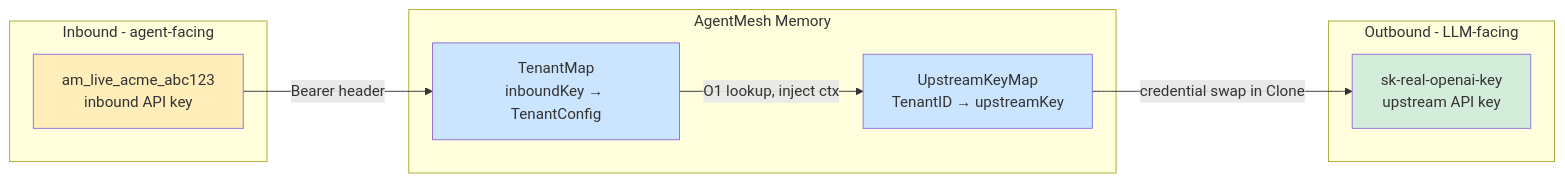
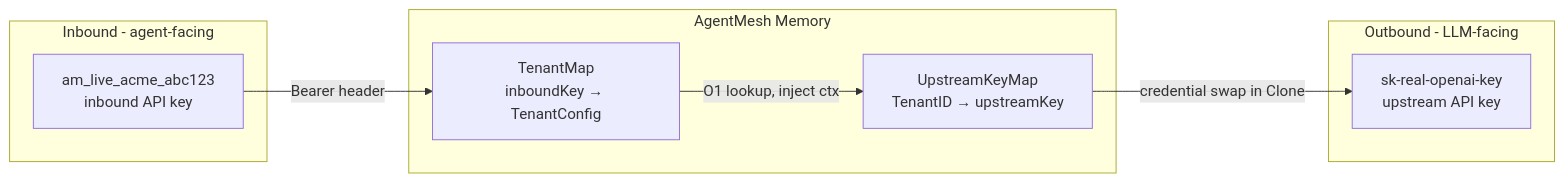
The fifth of 17 diagrams in docs/architecture.md (vigneshvn1995/agentmesh), drawn with Mermaid before and after one commit.

Commit message:
fix: remove custom style directives from 4.1 credential flow diagram

````diff
--- a/docs/architecture.md
+++ b/docs/architecture.md
@@ -263,24 +263,19 @@
 ```mermaid
 flowchart LR
     subgraph "Inbound - agent-facing"
         IK["am_live_acme_abc123<br/>inbound API key"]
     end
 
     subgraph "AgentMesh Memory"
         TM["TenantMap<br/>inboundKey → TenantConfig"]
         UM["UpstreamKeyMap<br/>TenantID → upstreamKey"]
     end
 
     subgraph "Outbound - LLM-facing"
         UK["sk-real-openai-key<br/>upstream API key"]
     end
 
     IK -->|Bearer header| TM
     TM -->|O1 lookup, inject ctx| UM
     UM -->|credential swap in Clone| UK
-
-    style IK fill:#ffeeba
-    style UK fill:#d4edda
-    style TM fill:#cce5ff
-    style UM fill:#cce5ff
 ```
````
